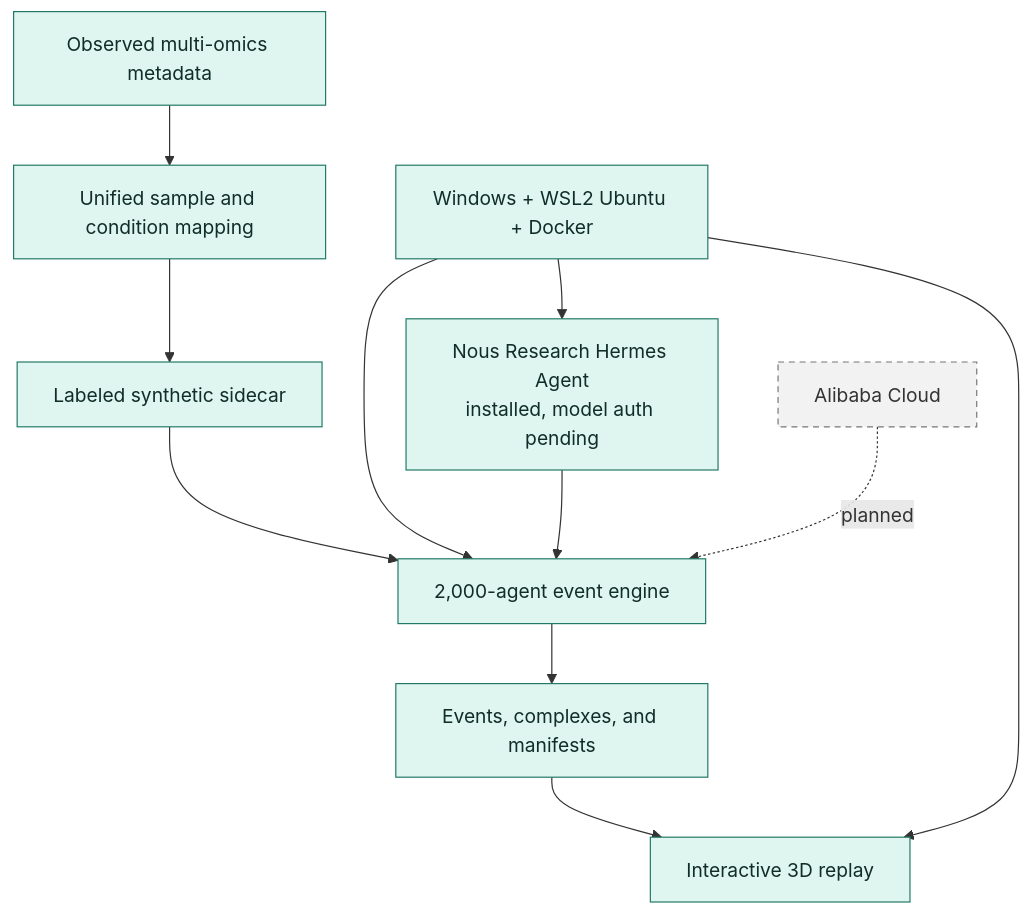
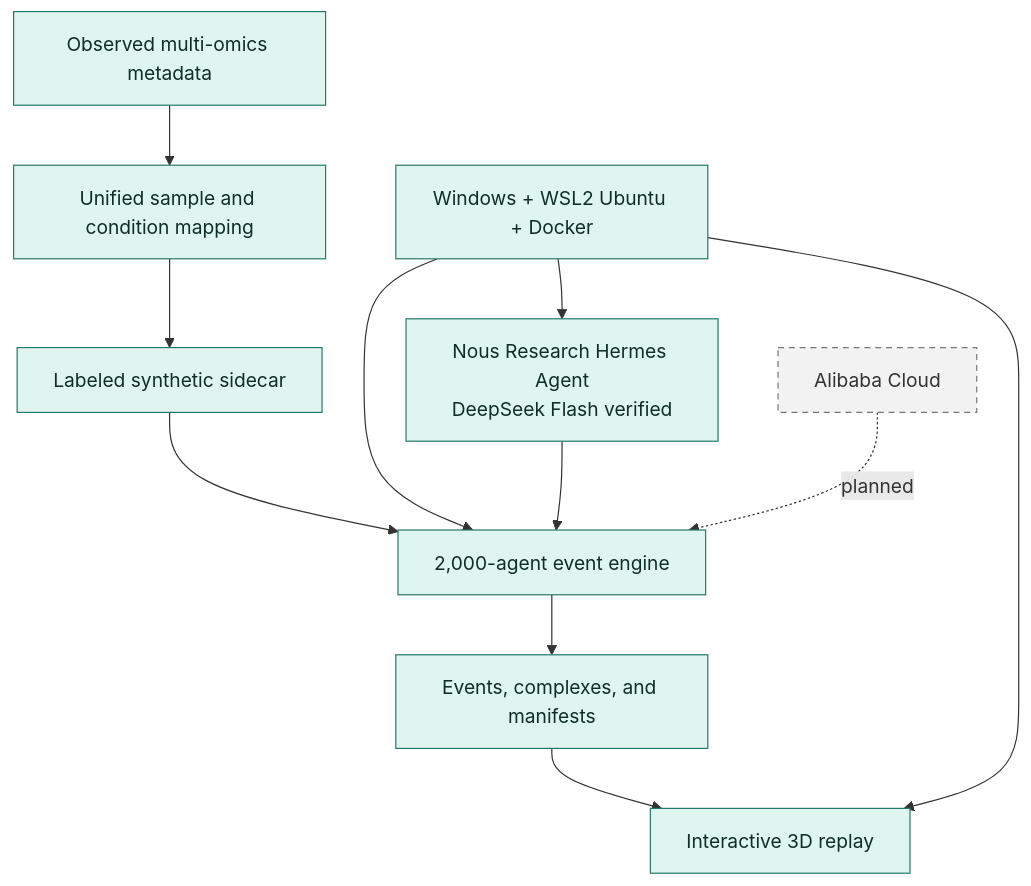
One commit to PrzmArk77469/E.coli-Multi-Omics-World-Model-Test-Demo changed the diagram in README.md. Above: the diagram before and after it, drawn with Mermaid. The commit also changed other lines of this file and 6 other files, not shown here.

````diff
--- a/README.md
+++ b/README.md
@@ -21,18 +21,18 @@
 ```mermaid
 flowchart TB
     Data["Observed multi-omics metadata"] --> Mapping["Unified sample and condition mapping"]
     Mapping --> Synthetic["Labeled synthetic sidecar"]
     Synthetic --> Engine["2,000-agent event engine"]
     Engine --> Events["Events, complexes, and manifests"]
     Events --> Viewer["Interactive 3D replay"]
     Infra["Windows + WSL2 Ubuntu + Docker"] --> Engine
     Infra --> Viewer
-    Infra --> Hermes["Nous Research Hermes Agent<br/>installed, model auth pending"]
+    Infra --> Hermes["Nous Research Hermes Agent<br/>DeepSeek Flash verified"]
     Hermes --> Engine
     Cloud["Alibaba Cloud"] -. planned .-> Engine
 
     classDef done fill:#dff5ef,stroke:#237a68,color:#102d28;
     classDef planned fill:#f2f2f2,stroke:#777,color:#333,stroke-dasharray:5 4;
     class Data,Mapping,Synthetic,Engine,Events,Viewer,Infra,Hermes done;
     class Cloud planned;
 ```
````
